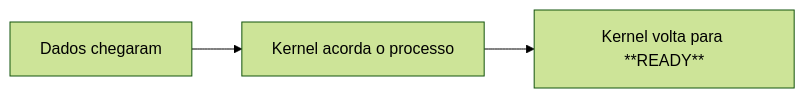
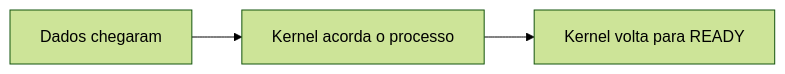
Before and after one commit to lcsgborges/dev-notes: the third of 4 diagrams in docs/c/processos/introducao.md, drawn with Mermaid (forest theme). The commit also changed other lines of this file, not shown here.

Commit message:
fix: corrige fluxogramas mermaid

````diff
--- a/docs/c/processos/introducao.md
+++ b/docs/c/processos/introducao.md
@@ -61,7 +61,7 @@
 ```mermaid
     flowchart LR
     A[Dados chegaram]
     B[Kernel acorda o processo]
-    C[Kernel volta para **READY**]
+    C[Kernel volta para READY]
     A --> B --> C
 ```
````
